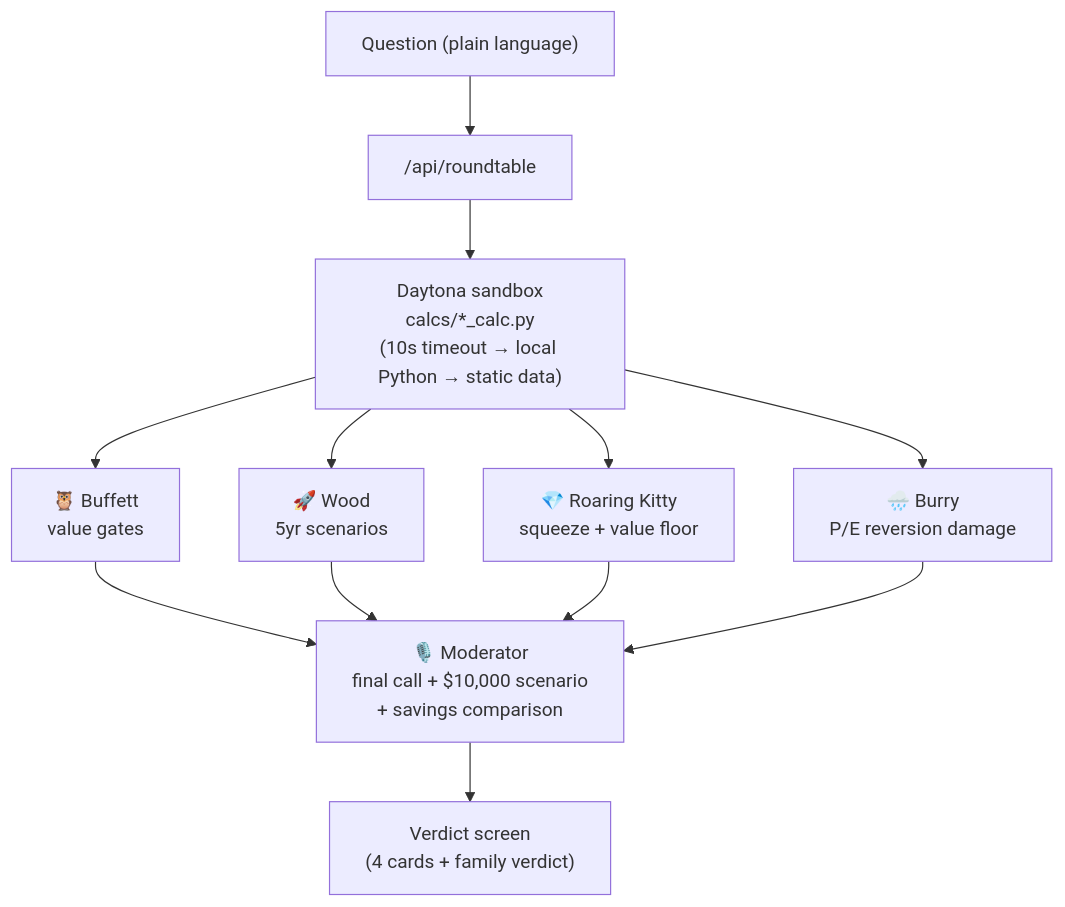
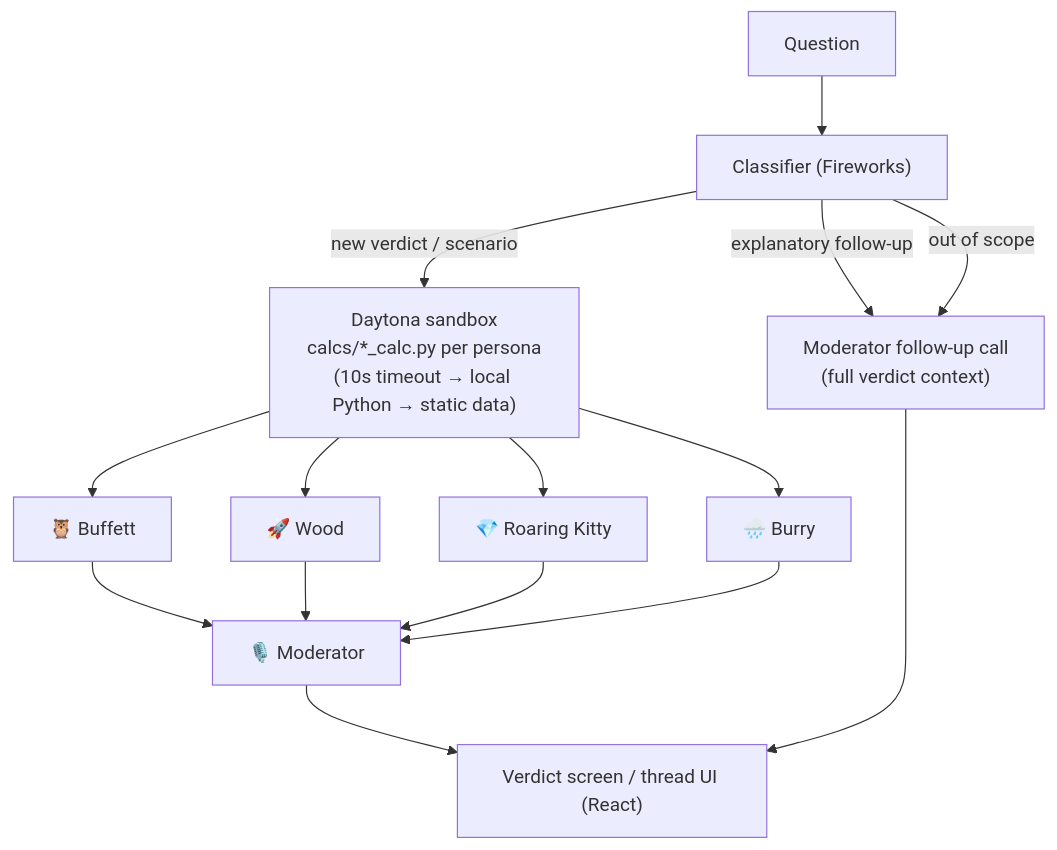
Before and after one commit to heesooyoon0621/round-table-agent: the diagram in README.md, drawn with Mermaid. The commit also changed other lines of this file, not shown here.

````diff
--- a/README.md
+++ b/README.md
@@ -17,11 +26,11 @@
 ```mermaid
 flowchart TD
-    Q["Question (plain language)"] --> API["/api/roundtable"]
-    API --> D["Daytona sandbox<br/>calcs/*_calc.py<br/>(10s timeout → local Python → static data)"]
-    D --> B["🦉 Buffett<br/>value gates"]
-    D --> W["🚀 Wood<br/>5yr scenarios"]
-    D --> K["💎 Roaring Kitty<br/>squeeze + value floor"]
-    D --> Y["🌧️ Burry<br/>P/E reversion damage"]
-    B & W & K & Y --> M["🎙️ Moderator<br/>final call + $10,000 scenario<br/>+ savings comparison"]
-    M --> UI["Verdict screen<br/>(4 cards + family verdict)"]
+    Q["Question"] --> C["Classifier (Fireworks)"]
+    C -->|new verdict / scenario| D["Daytona sandbox<br/>calcs/*_calc.py per persona<br/>(10s timeout → local Python → static data)"]
+    C -->|explanatory follow-up| F["Moderator follow-up call<br/>(full verdict context)"]
+    C -->|out of scope| F
+    D --> P1["🦉 Buffett"] & P2["🚀 Wood"] & P3["💎 Roaring Kitty"] & P4["🌧️ Burry"]
+    P1 & P2 & P3 & P4 --> M["🎙️ Moderator"]
+    M --> UI["Verdict screen / thread UI (React)"]
+    F --> UI
 ```
````
